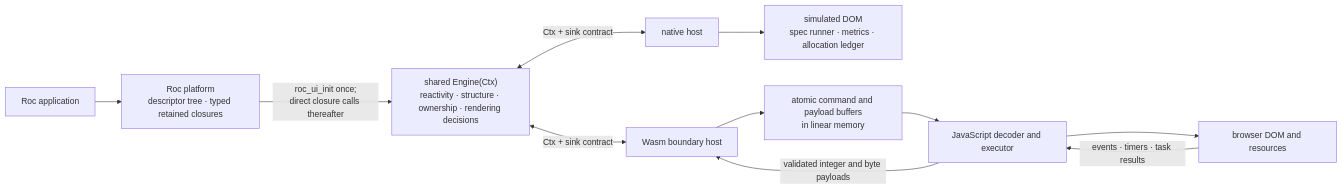
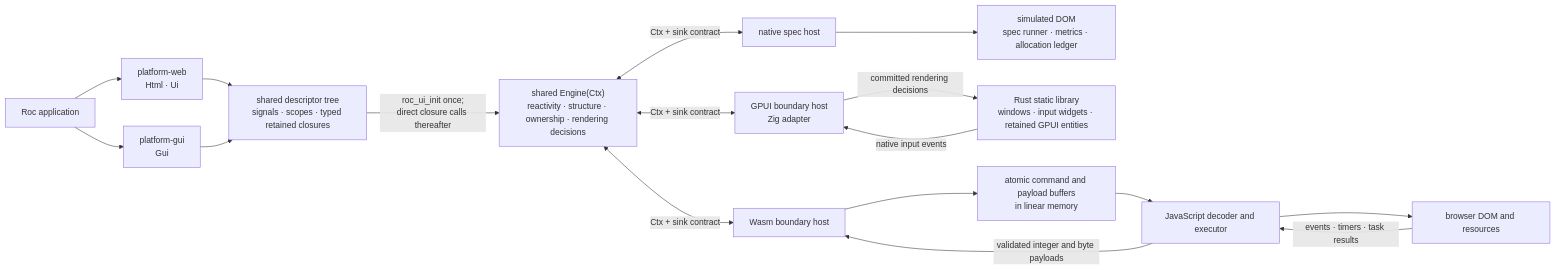
Before and after one commit to lukewilliamboswell/roc-signals: the first of 3 diagrams in design.md, drawn with Mermaid. The commit also changed 8 other files, not shown here.

Commit message:
Run shared mini CI across platform checks

````diff
--- a/design.md
+++ b/design.md
@@ -268,15 +268,22 @@
 ```mermaid
 flowchart LR
-    App["Roc application"] --> Platform["Roc platform<br/>descriptor tree · typed retained closures"]
+    App["Roc application"] --> WebPlatform["platform-web<br/>Html · Ui"]
+    App --> GuiPlatform["platform-gui<br/>Gui"]
+    WebPlatform --> Platform["shared descriptor tree<br/>signals · scopes · typed retained closures"]
+    GuiPlatform --> Platform
     Platform -->|"roc_ui_init once;<br/>direct closure calls thereafter"| Engine["shared Engine(Ctx)<br/>reactivity · structure · ownership · rendering decisions"]
 
-    Engine <-->|"Ctx + sink contract"| Native["native host"]
+    Engine <-->|"Ctx + sink contract"| Native["native spec host"]
     Native --> NativeSurface["simulated DOM<br/>spec runner · metrics · allocation ledger"]
+
+    Engine <-->|"Ctx + sink contract"| Gui["GPUI boundary host<br/>Zig adapter"]
+    Gui -->|"committed rendering decisions"| GuiSurface["Rust static library<br/>windows · input widgets · retained GPUI entities"]
+    GuiSurface -->|"native input events"| Gui
 
     Engine <-->|"Ctx + sink contract"| Wasm["Wasm boundary host"]
     Wasm --> Wire["atomic command and payload buffers<br/>in linear memory"]
     Wire --> JS["JavaScript decoder and executor"]
     JS --> Browser["browser DOM and resources"]
     Browser -->|"events · timers · task results"| JS
     JS -->|"validated integer and byte payloads"| Wasm
 ```
````
